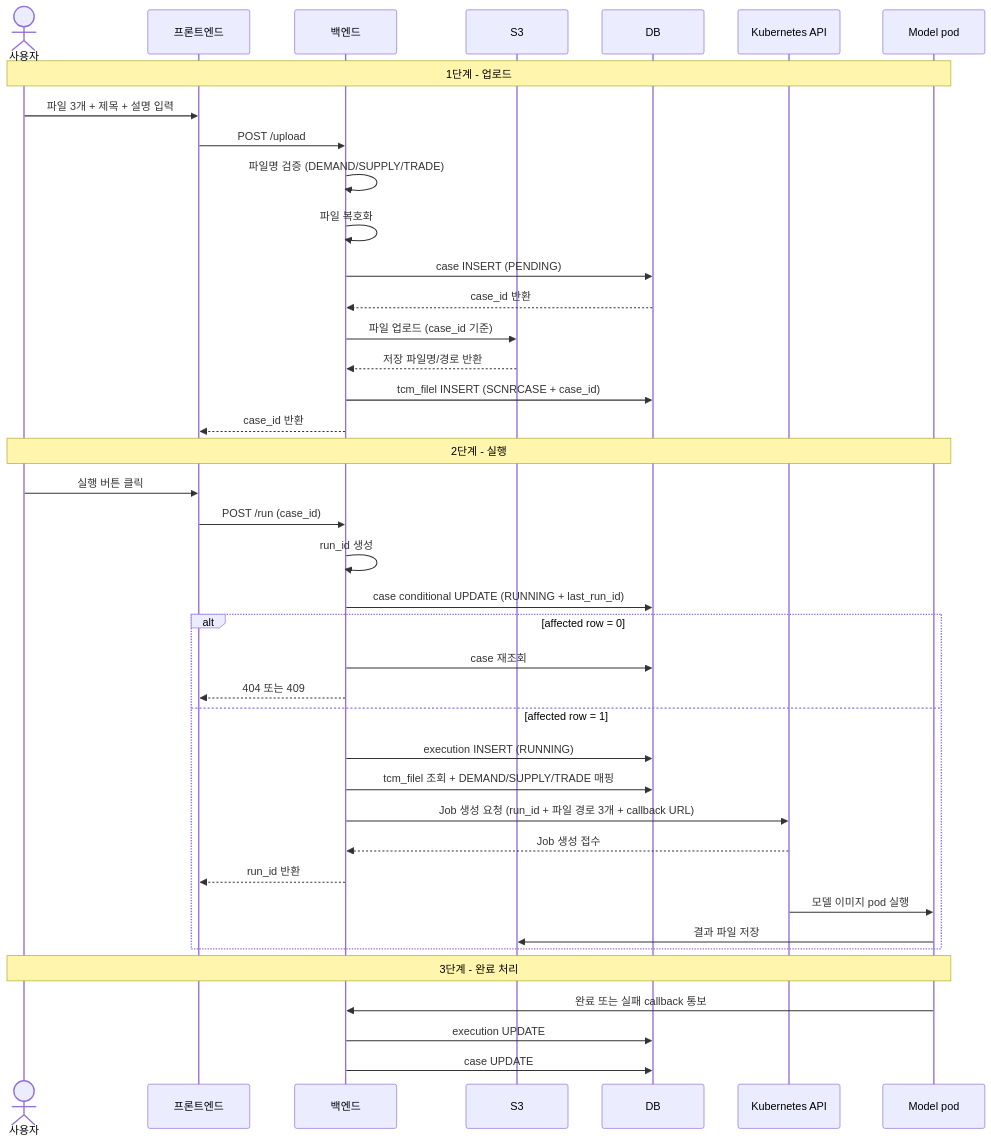
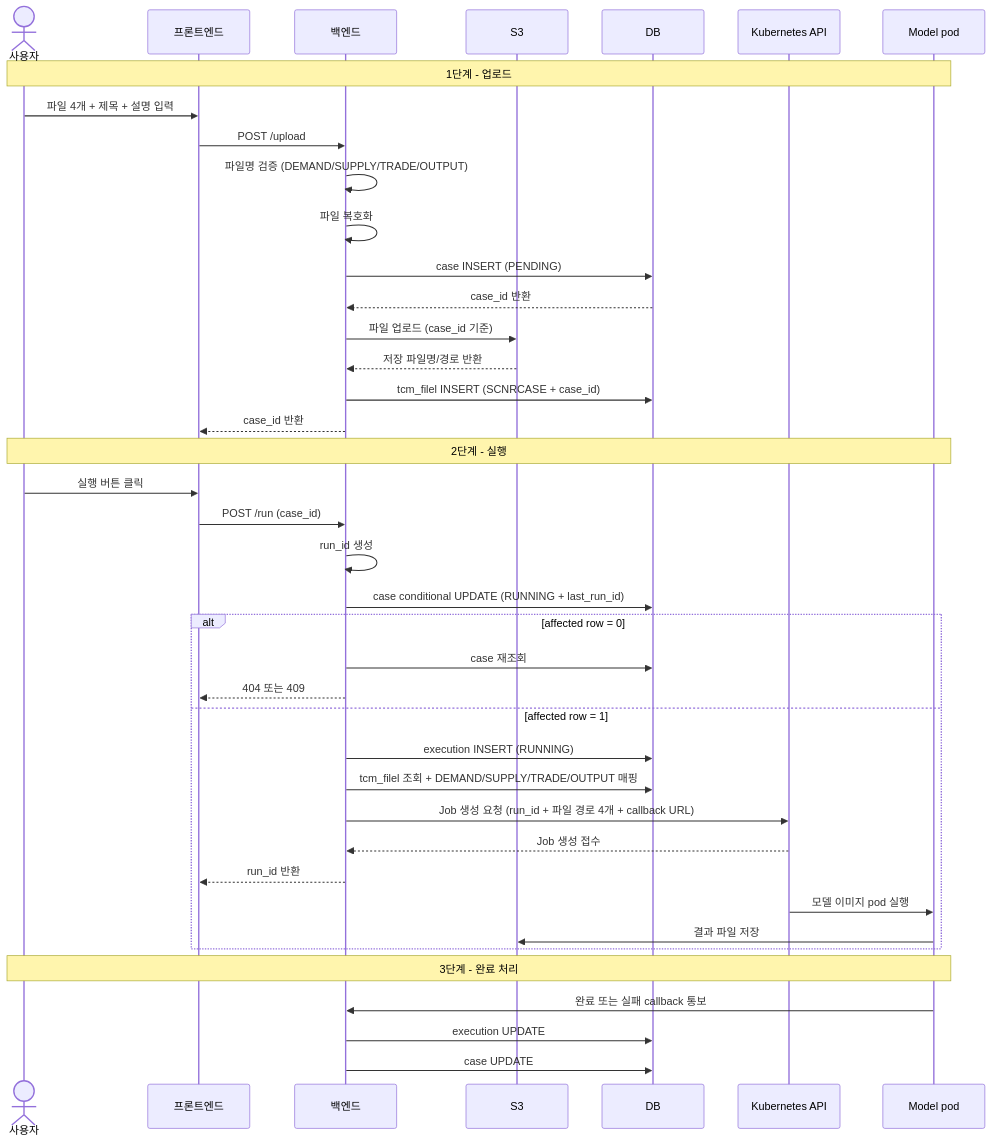
The second of 4 diagrams in docs/design-docs/gas/scenario-case-execution-workflow-design-draft.md (enkhbaatarL/backtend), drawn with Mermaid before and after one commit. The commit also changed other lines of this file and 19 other files, not shown here.

First line of the commit message:
feat: 수급모델 입력 4파일(DEMAND/SUPPLY/TRADE/OUTPUT) 지원

````diff
--- a/docs/design-docs/gas/scenario-case-execution-workflow-design-draft.md
+++ b/docs/design-docs/gas/scenario-case-execution-workflow-design-draft.md
@@ -454,48 +455,48 @@
 ```mermaid
 sequenceDiagram
     actor User as 사용자
     participant FE as 프론트엔드
     participant BE as 백엔드
     participant S3 as S3
     participant DB as DB
     participant K8S as Kubernetes API
     participant POD as Model pod
 
     Note over User,POD: 1단계 - 업로드
 
-    User->>FE: 파일 3개 + 제목 + 설명 입력
+    User->>FE: 파일 4개 + 제목 + 설명 입력
     FE->>BE: POST /upload
-    BE->>BE: 파일명 검증 (DEMAND/SUPPLY/TRADE)
+    BE->>BE: 파일명 검증 (DEMAND/SUPPLY/TRADE/OUTPUT)
     BE->>BE: 파일 복호화
     BE->>DB: case INSERT (PENDING)
     DB-->>BE: case_id 반환
     BE->>S3: 파일 업로드 (case_id 기준)
     S3-->>BE: 저장 파일명/경로 반환
     BE->>DB: tcm_filel INSERT (SCNRCASE + case_id)
     BE-->>FE: case_id 반환
 
     Note over User,POD: 2단계 - 실행
 
     User->>FE: 실행 버튼 클릭
     FE->>BE: POST /run (case_id)
     BE->>BE: run_id 생성
     BE->>DB: case conditional UPDATE (RUNNING + last_run_id)
     alt affected row = 0
         BE->>DB: case 재조회
         BE-->>FE: 404 또는 409
     else affected row = 1
         BE->>DB: execution INSERT (RUNNING)
-        BE->>DB: tcm_filel 조회 + DEMAND/SUPPLY/TRADE 매핑
-        BE->>K8S: Job 생성 요청 (run_id + 파일 경로 3개 + callback URL)
+        BE->>DB: tcm_filel 조회 + DEMAND/SUPPLY/TRADE/OUTPUT 매핑
+        BE->>K8S: Job 생성 요청 (run_id + 파일 경로 4개 + callback URL)
         K8S-->>BE: Job 생성 접수
         BE-->>FE: run_id 반환
         K8S->>POD: 모델 이미지 pod 실행
         POD->>S3: 결과 파일 저장
     end
 
     Note over User,POD: 3단계 - 완료 처리
 
     POD->>BE: 완료 또는 실패 callback 통보
     BE->>DB: execution UPDATE
     BE->>DB: case UPDATE
 ```
````
